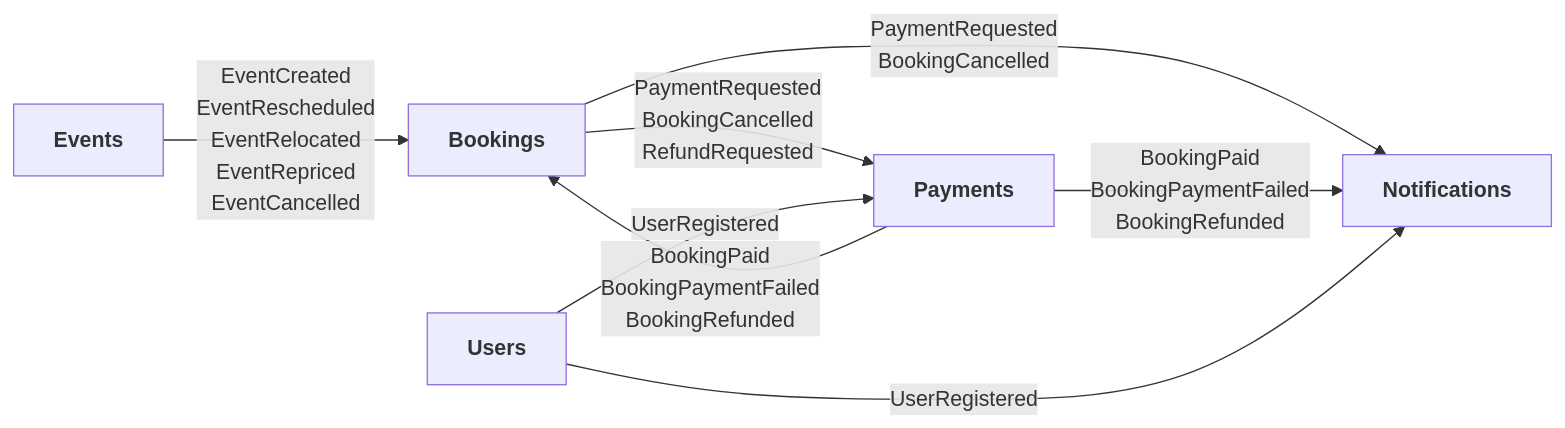
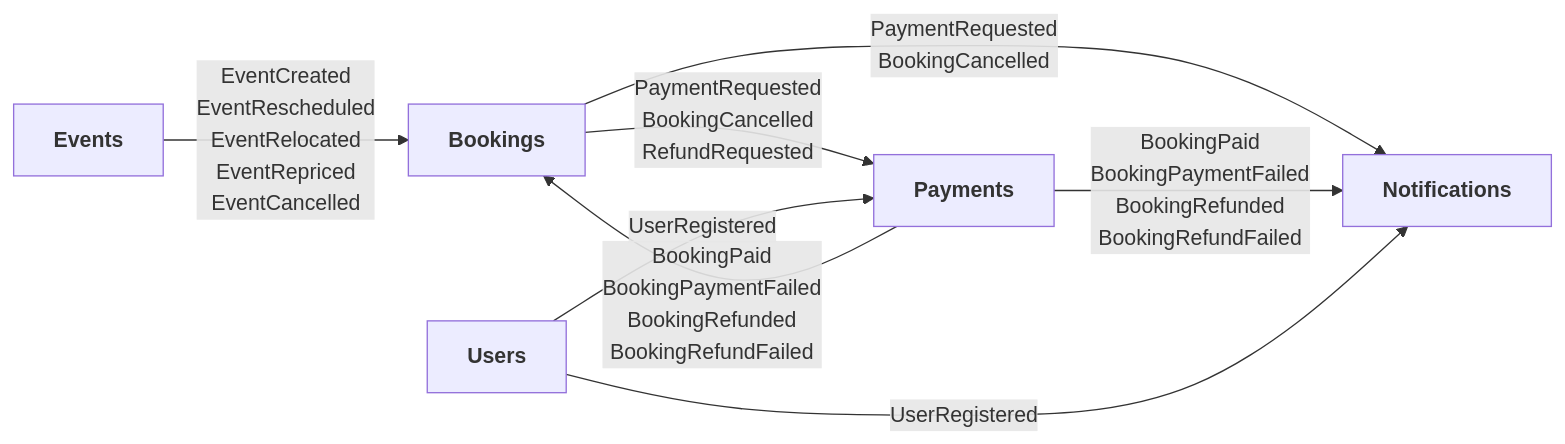
Before and after one commit to akmgr5544/TicketMaster: the second of 3 diagrams in README.md, drawn with Mermaid. The commit also changed other lines of this file and 4 other files, not shown here.

First line of the commit message:
Document refund outcomes, settlement reconciliation and failed refunds

````diff
--- a/README.md
+++ b/README.md
@@ -89,17 +89,17 @@
 ```mermaid
 flowchart LR
     events["<b>Events</b>"]
     bookings["<b>Bookings</b>"]
     payments["<b>Payments</b>"]
 
     users["<b>Users</b>"]
 
     events -- "EventCreated<br/>EventRescheduled<br/>EventRelocated<br/>EventRepriced<br/>EventCancelled" --> bookings
     bookings -- "PaymentRequested<br/>BookingCancelled<br/>RefundRequested" --> payments
-    payments -- "BookingPaid<br/>BookingPaymentFailed<br/>BookingRefunded" --> bookings
+    payments -- "BookingPaid<br/>BookingPaymentFailed<br/>BookingRefunded<br/>BookingRefundFailed" --> bookings
     users -- "UserRegistered" --> payments
     notifications["<b>Notifications</b>"]
     bookings -- "PaymentRequested<br/>BookingCancelled" --> notifications
-    payments -- "BookingPaid<br/>BookingPaymentFailed<br/>BookingRefunded" --> notifications
+    payments -- "BookingPaid<br/>BookingPaymentFailed<br/>BookingRefunded<br/>BookingRefundFailed" --> notifications
     users -- "UserRegistered" --> notifications
 ```
````
